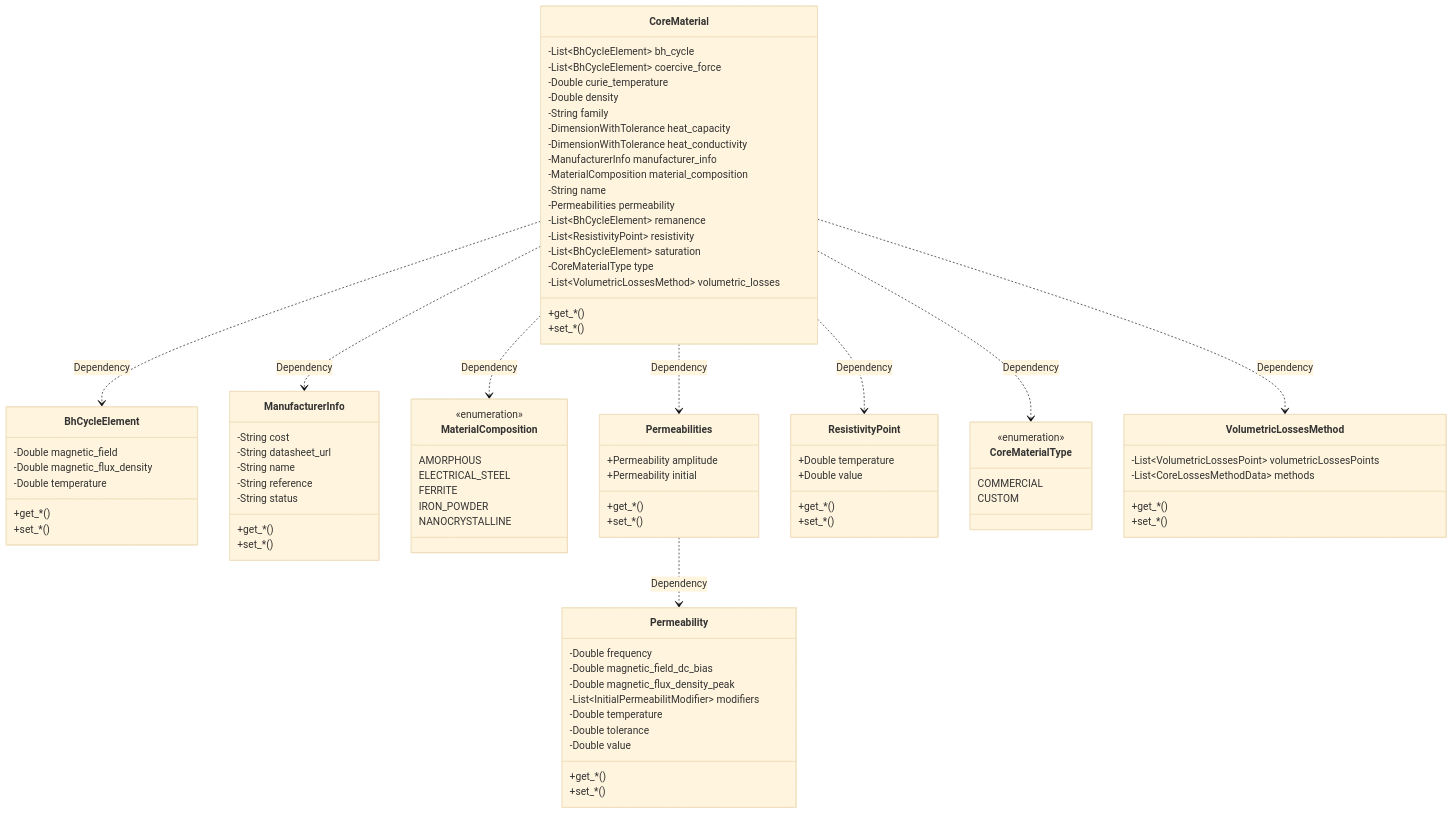
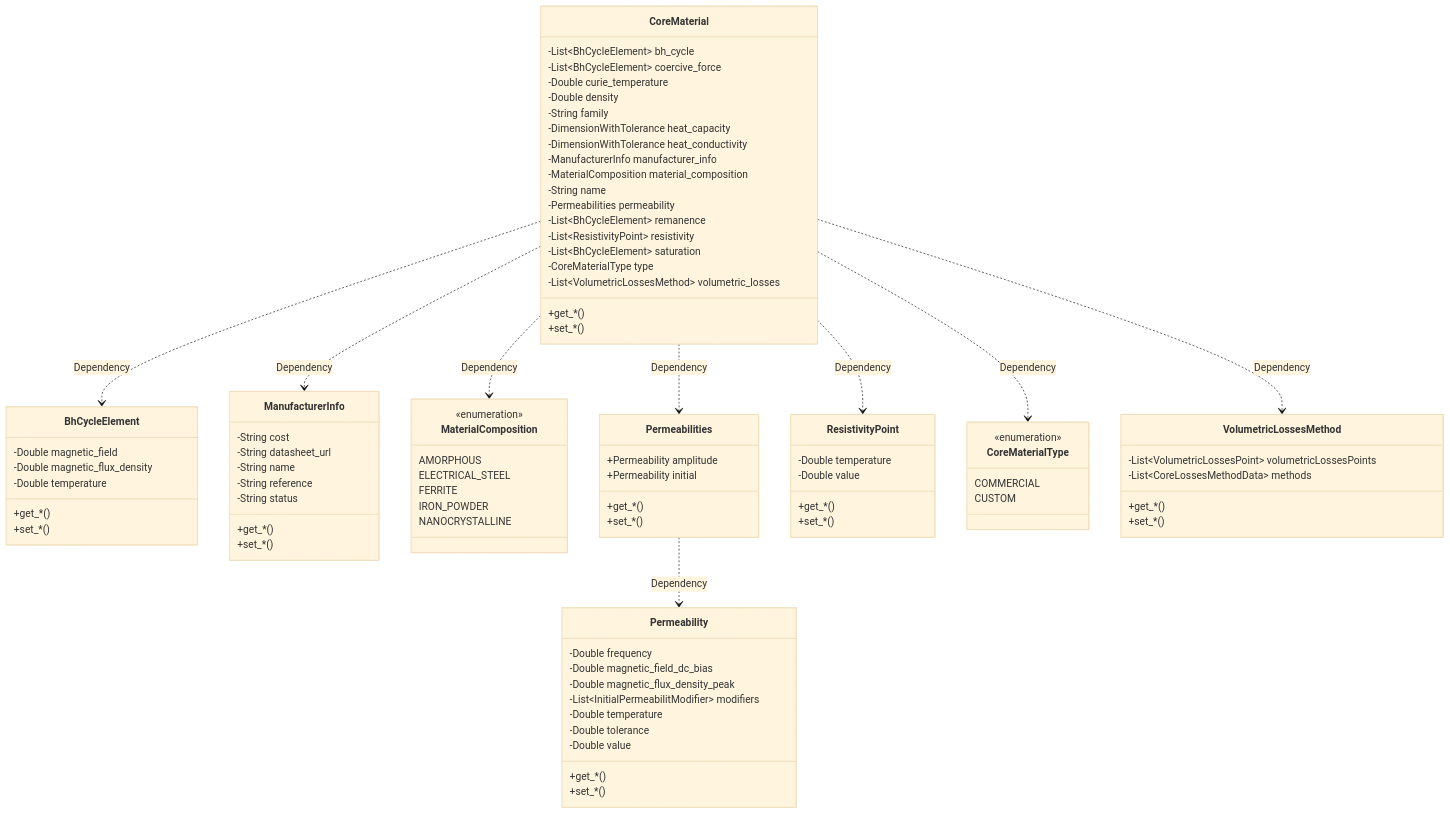
Before and after one commit to OpenMagnetics/MAS: the fourth of 8 diagrams in docs/magnetic/core.md, drawn with Mermaid (base theme). The commit also changed other lines of this file, not shown here.

```diff
--- a/docs/magnetic/core.md
+++ b/docs/magnetic/core.md
@@ -360,8 +360,8 @@
 }
 
 class ResistivityPoint {
-    +Double temperature
-    +Double value
+    -Double temperature
+    -Double value
 
     +get_*()
     +set_*()
```
